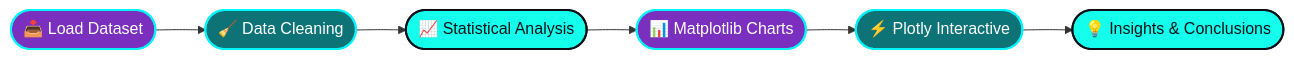
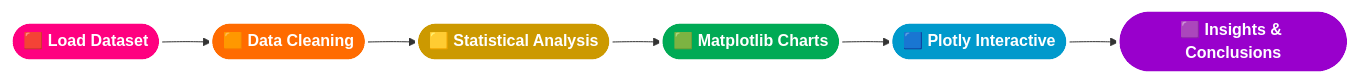
Before and after one commit to geershatisaxena/Data-Analysis: the diagram in README.md, drawn with Mermaid. The commit also changed other lines of this file, not shown here.

````diff
--- a/README.md
+++ b/README.md
@@ -293,15 +292,15 @@
 ```mermaid
 flowchart LR
-    A([📥 Load Dataset]) --> B([🧹 Data Cleaning])
-    B --> C([📈 Statistical Analysis])
-    C --> D([📊 Matplotlib Charts])
-    D --> E([⚡ Plotly Interactive])
-    E --> F([💡 Insights & Conclusions])
+    A([🟥 Load Dataset]) --> B([🟧 Data Cleaning])
+    B --> C([🟨 Statistical Analysis])
+    C --> D([🟩 Matplotlib Charts])
+    D --> E([🟦 Plotly Interactive])
+    E --> F([🟪 Insights & Conclusions])
 
-    style A fill:#7B2FBE,stroke:#00F5FF,stroke-width:2px,color:#fff
-    style B fill:#0D7377,stroke:#00F5FF,stroke-width:2px,color:#fff
-    style C fill:#14FFEC,stroke:#0D1117,stroke-width:2px,color:#0D1117
-    style D fill:#7B2FBE,stroke:#00F5FF,stroke-width:2px,color:#fff
-    style E fill:#0D7377,stroke:#00F5FF,stroke-width:2px,color:#fff
-    style F fill:#14FFEC,stroke:#0D1117,stroke-width:2px,color:#0D1117
+    style A fill:#FF0080,stroke:#fff,stroke-width:3px,color:#fff,font-weight:bold
+    style B fill:#FF6B00,stroke:#fff,stroke-width:3px,color:#fff,font-weight:bold
+    style C fill:#CC9900,stroke:#fff,stroke-width:3px,color:#fff,font-weight:bold
+    style D fill:#00AA55,stroke:#fff,stroke-width:3px,color:#fff,font-weight:bold
+    style E fill:#0099CC,stroke:#fff,stroke-width:3px,color:#fff,font-weight:bold
+    style F fill:#9900CC,stroke:#fff,stroke-width:3px,color:#fff,font-weight:bold
 ```
````
